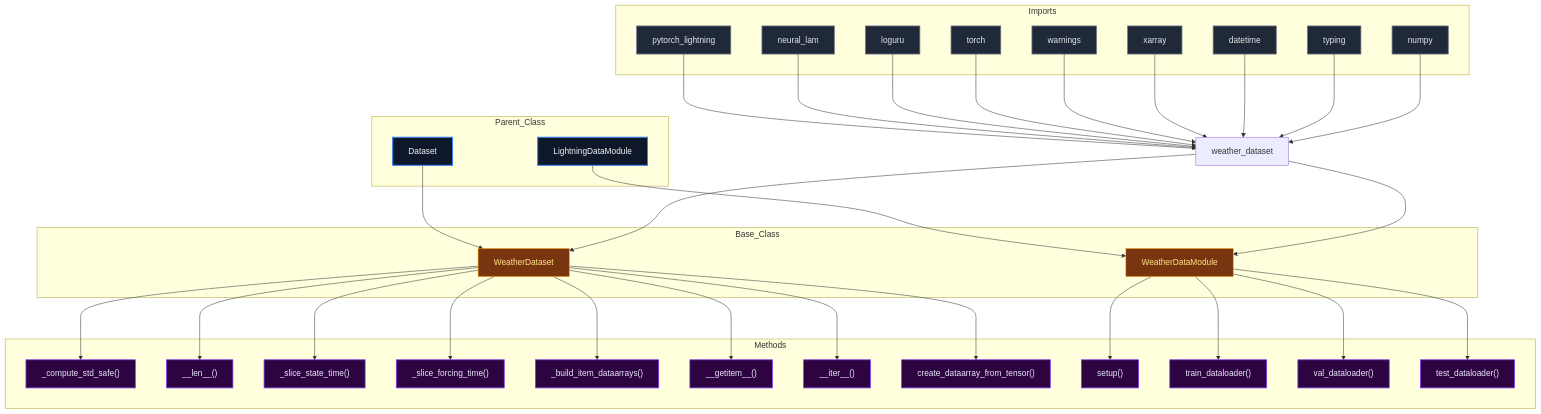
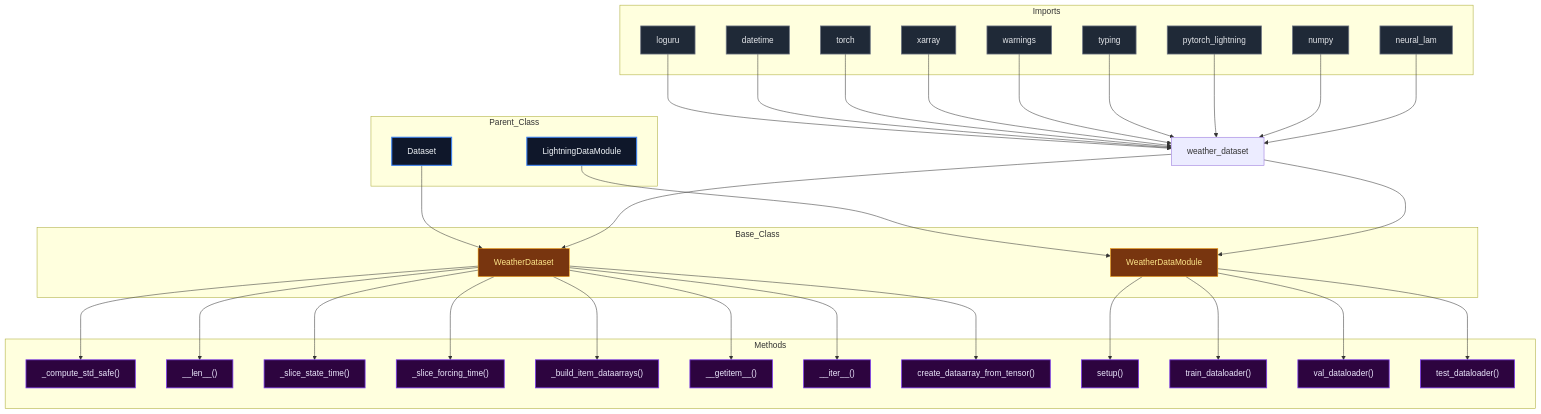
Before and after one commit to mllam/neural-lam: the diagram in docs/diagrams/weather_dataset_diagram.md, drawn with Mermaid. The commit also changed 21 other files, not shown here.

Commit message:
Auto-update Mermaid diagrams

````diff
--- a/docs/diagrams/weather_dataset_diagram.md
+++ b/docs/diagrams/weather_dataset_diagram.md
@@ -1,82 +1,82 @@
 ```mermaid
 %%{init: {'flowchart': {'nodeSpacing': 60, 'rankSpacing': 80}}}%%
 flowchart TD
 
 module["weather_dataset"]
 
 subgraph Parent_Class
     LightningDataModule["LightningDataModule"]
     Dataset["Dataset"]
 end
 
 subgraph Base_Class
     WeatherDataset["WeatherDataset"]
     WeatherDataModule["WeatherDataModule"]
 end
 
     Dataset --> WeatherDataset
     LightningDataModule --> WeatherDataModule
 
 subgraph Imports
+    loguru["loguru"]
+    datetime["datetime"]
+    torch["torch"]
+    xarray["xarray"]
+    warnings["warnings"]
+    typing["typing"]
     pytorch_lightning["pytorch_lightning"]
+    numpy["numpy"]
     neural_lam["neural_lam"]
-    loguru["loguru"]
-    torch["torch"]
-    warnings["warnings"]
-    xarray["xarray"]
-    datetime["datetime"]
-    typing["typing"]
-    numpy["numpy"]
 end
 
+    loguru --> module
+    datetime --> module
+    torch --> module
+    xarray --> module
+    warnings --> module
+    typing --> module
     pytorch_lightning --> module
+    numpy --> module
     neural_lam --> module
-    loguru --> module
-    torch --> module
-    warnings --> module
-    xarray --> module
-    datetime --> module
-    typing --> module
-    numpy --> module
     module --> WeatherDataset
     module --> WeatherDataModule
 
 subgraph Methods
     WeatherDataset__compute_std_safe["_compute_std_safe()"]
     WeatherDataset___len__["__len__()"]
     WeatherDataset__slice_state_time["_slice_state_time()"]
     WeatherDataset__slice_forcing_time["_slice_forcing_time()"]
     WeatherDataset__build_item_dataarrays["_build_item_dataarrays()"]
     WeatherDataset___getitem__["__getitem__()"]
     WeatherDataset___iter__["__iter__()"]
     WeatherDataset_create_dataarray_from_tensor["create_dataarray_from_tensor()"]
     WeatherDataModule_setup["setup()"]
     WeatherDataModule_train_dataloader["train_dataloader()"]
     WeatherDataModule_val_dataloader["val_dataloader()"]
     WeatherDataModule_test_dataloader["test_dataloader()"]
 end
 
     WeatherDataset --> WeatherDataset__compute_std_safe
     WeatherDataset --> WeatherDataset___len__
     WeatherDataset --> WeatherDataset__slice_state_time
     WeatherDataset --> WeatherDataset__slice_forcing_time
     WeatherDataset --> WeatherDataset__build_item_dataarrays
     WeatherDataset --> WeatherDataset___getitem__
     WeatherDataset --> WeatherDataset___iter__
     WeatherDataset --> WeatherDataset_create_dataarray_from_tensor
     WeatherDataModule --> WeatherDataModule_setup
     WeatherDataModule --> WeatherDataModule_train_dataloader
     WeatherDataModule --> WeatherDataModule_val_dataloader
     WeatherDataModule --> WeatherDataModule_test_dataloader
 
 classDef parent fill:#0f172a,stroke:#3b82f6,stroke-width:2px,color:#f1f5f9,font-size:16px
 classDef base fill:#78350f,stroke:#f59e0b,stroke-width:1px,color:#fde68a,font-size:16px
 classDef import fill:#1f2937,stroke:#6b7280,stroke-width:1.5px,color:#e5e7eb,font-size:16px
 classDef method fill:#2d043f,stroke:#7c3aed,stroke-width:1.5px,color:#ede9fe,font-size:16px
 classDef callNode fill:#064e3b,stroke:#10b981,stroke-width:1.5px,color:#d1fae5,font-size:16px
 class LightningDataModule,Dataset parent
 class WeatherDataset,WeatherDataModule base
-class pytorch_lightning,neural_lam,loguru,torch,warnings,xarray,datetime,typing,numpy import
+class loguru,datetime,torch,xarray,warnings,typing,pytorch_lightning,numpy,neural_lam import
 class WeatherDataset__compute_std_safe,WeatherDataset___len__,WeatherDataset__slice_state_time,WeatherDataset__slice_forcing_time,WeatherDataset__build_item_dataarrays,WeatherDataset___getitem__,WeatherDataset___iter__,WeatherDataset_create_dataarray_from_tensor,WeatherDataModule_setup,WeatherDataModule_train_dataloader,WeatherDataModule_val_dataloader,WeatherDataModule_test_dataloader method
 
 ```
````
